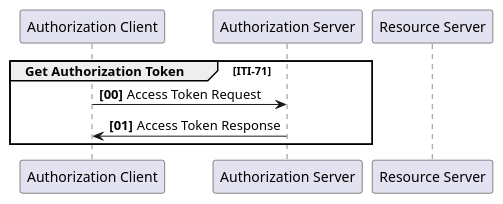
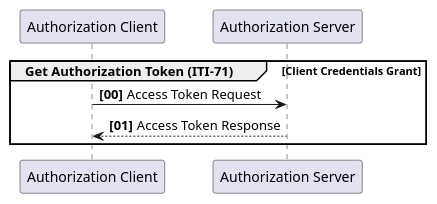
The second of 6 diagrams in IUA.b/IHE_ITI_Suppl_IUA.md (IHE/IT-Infrastructure), drawn with PlantUML before and after one commit. The commit also changed other lines of this file and 4 other files, not shown here.

````diff
--- a/IUA.b/IHE_ITI_Suppl_IUA.md
+++ b/IUA.b/IHE_ITI_Suppl_IUA.md
@@ -525,18 +526,17 @@
 ```plantuml
 @startuml client-credential-grant
 
 participant "Authorization Client" as Client
 participant "Authorization Server" as AuthzServer
-participant "Resource Server" as ResourceServer
 
 autonumber 0 1 "<b>[00]"
 
-group Get Authorization Token [ITI-71]
+group Get Authorization Token (ITI-71) [Client Credentials Grant]
 Client -> AuthzServer: Access Token Request
-AuthzServer -> Client: Access Token Response
+AuthzServer --> Client: Access Token Response
 end
 
 autonumber stop
 
 @enduml
 ```
````
